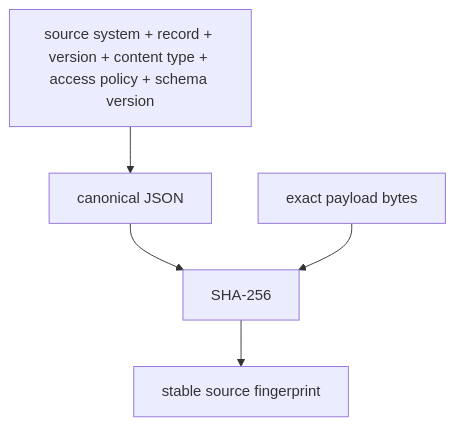
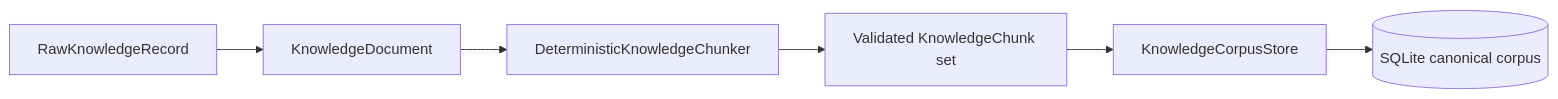
The second of 8 diagrams in docs/architecture/KNOWLEDGE_MODEL.md (kumarchandansingh/tropos), drawn with Mermaid before and after one commit. The commit also changed other lines of this file and 11 other files, not shown here.

Commit message:
feat: persist governed knowledge corpus in sqlite

````diff
--- a/docs/architecture/KNOWLEDGE_MODEL.md
+++ b/docs/architecture/KNOWLEDGE_MODEL.md
@@ -103,9 +71,9 @@
 ```mermaid
-flowchart TB
-    Metadata[source system + record + version + content type + access policy + schema version]
-    Payload[exact payload bytes]
-    Metadata --> Canon[canonical JSON]
-    Canon --> Hash[SHA-256]
-    Payload --> Hash
-    Hash --> FP[stable source fingerprint]
+flowchart LR
+    Raw[RawKnowledgeRecord]
+    --> Doc[KnowledgeDocument]
+    --> Chunker[DeterministicKnowledgeChunker]
+    --> Chunks[Validated KnowledgeChunk set]
+    --> Port[KnowledgeCorpusStore]
+    --> SQLite[(SQLite canonical corpus)]
 ```
````
